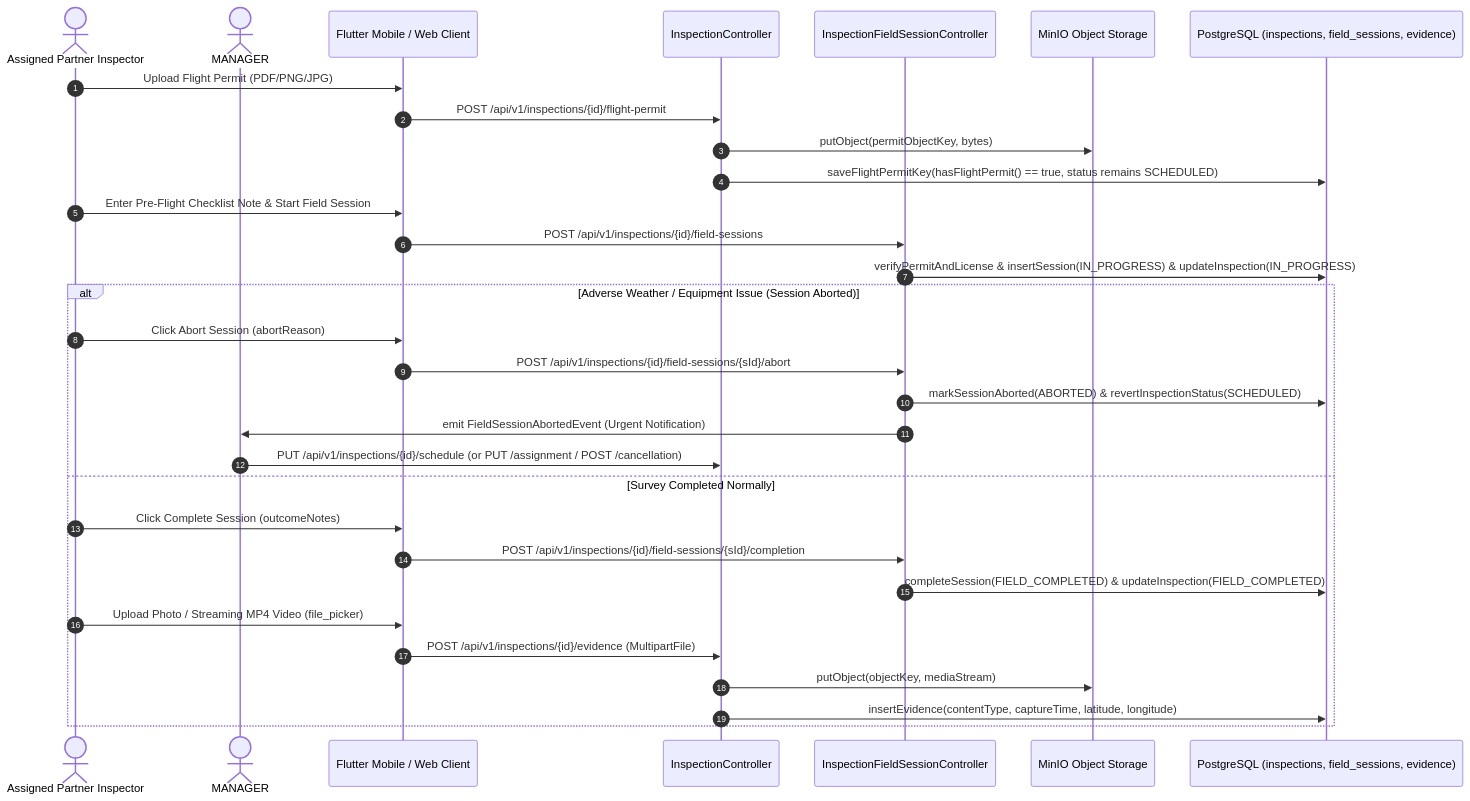
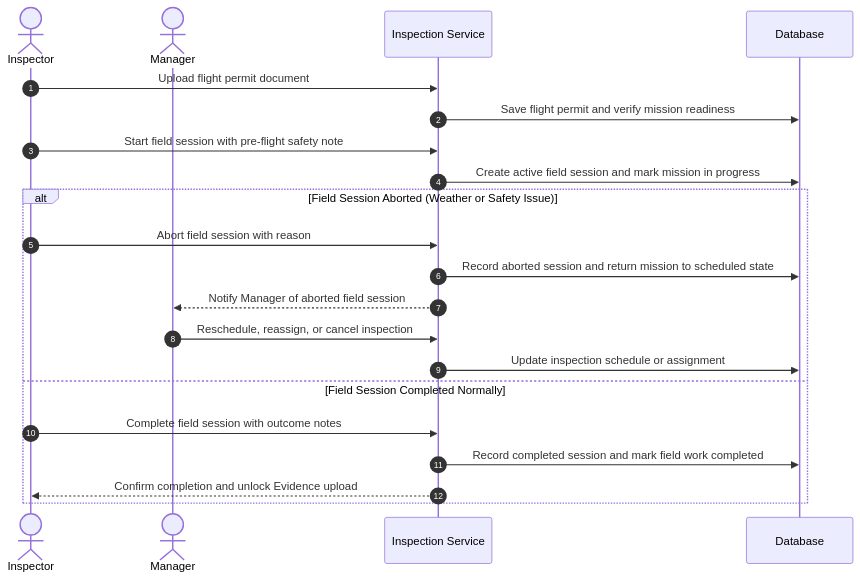
Diagram 13 of 23 in reports/report-4-software-design-document/03-detailed-design.md (tungbach12/SmartDroneInspection-Docs), drawn with Mermaid before and after one commit. The commit also changed other lines of this file and 206 other files, not shown here.

First line of the commit message:
docs(reports): synchronize Report 1-5 changes, update diagrams, and clean exports

````diff
--- a/reports/report-4-software-design-document/03-detailed-design.md
+++ b/reports/report-4-software-design-document/03-detailed-design.md
@@ -616,37 +574,27 @@
 ```mermaid
-%% title: Field Flight Session, Abort Dispatch and Evidence Upload Sequence Diagram
+%% title: FE-05 Flight Permit and Field Inspection Execution Sequence Diagram
 sequenceDiagram
   autonumber
-  actor Inspector as Assigned Partner Inspector
-  actor Manager as MANAGER
-  participant Mobile as Flutter Mobile / Web Client
-  participant InspCtrl as InspectionController
-  participant SessCtrl as InspectionFieldSessionController
-  participant MinIO as MinIO Object Storage
-  participant DB as PostgreSQL (inspections, field_sessions, evidence)
+  actor Insp as Inspector
+  actor Mgr as Manager
+  participant Svc as Inspection Service
+  participant DB as Database
 
-  Inspector->>Mobile: Upload Flight Permit (PDF/PNG/JPG)
-  Mobile->>InspCtrl: POST /api/v1/inspections/{id}/flight-permit
-  InspCtrl->>MinIO: putObject(permitObjectKey, bytes)
-  InspCtrl->>DB: saveFlightPermitKey(hasFlightPermit() == true, status remains SCHEDULED)
+  Insp->>Svc: Upload flight permit document
+  Svc->>DB: Save flight permit and verify mission readiness
 
-  Inspector->>Mobile: Enter Pre-Flight Checklist Note & Start Field Session
-  Mobile->>SessCtrl: POST /api/v1/inspections/{id}/field-sessions
-  SessCtrl->>DB: verifyPermitAndLicense & insertSession(IN_PROGRESS) & updateInspection(IN_PROGRESS)
+  Insp->>Svc: Start field session with pre-flight safety note
+  Svc->>DB: Create active field session and mark mission in progress
 
-  alt Adverse Weather / Equipment Issue (Session Aborted)
-    Inspector->>Mobile: Click Abort Session (abortReason)
-    Mobile->>SessCtrl: POST /api/v1/inspections/{id}/field-sessions/{sId}/abort
-    SessCtrl->>DB: markSessionAborted(ABORTED) & revertInspectionStatus(SCHEDULED)
-    SessCtrl->>Manager: emit FieldSessionAbortedEvent (Urgent Notification)
-    Manager->>InspCtrl: PUT /api/v1/inspections/{id}/schedule (or PUT /assignment / POST /cancellation)
-  else Survey Completed Normally
-    Inspector->>Mobile: Click Complete Session (outcomeNotes)
-    Mobile->>SessCtrl: POST /api/v1/inspections/{id}/field-sessions/{sId}/completion
-    SessCtrl->>DB: completeSession(FIELD_COMPLETED) & updateInspection(FIELD_COMPLETED)
-    Inspector->>Mobile: Upload Photo / Streaming MP4 Video (file_picker)
-    Mobile->>InspCtrl: POST /api/v1/inspections/{id}/evidence (MultipartFile)
-    InspCtrl->>MinIO: putObject(objectKey, mediaStream)
-    InspCtrl->>DB: insertEvidence(contentType, captureTime, latitude, longitude)
+  alt Field Session Aborted (Weather or Safety Issue)
+    Insp->>Svc: Abort field session with reason
+    Svc->>DB: Record aborted session and return mission to scheduled state
+    Svc-->>Mgr: Notify Manager of aborted field session
+    Mgr->>Svc: Reschedule, reassign, or cancel inspection
+    Svc->>DB: Update inspection schedule or assignment
+  else Field Session Completed Normally
+    Insp->>Svc: Complete field session with outcome notes
+    Svc->>DB: Record completed session and mark field work completed
+    Svc-->>Insp: Confirm completion and unlock Evidence upload
   end
 ```
````
